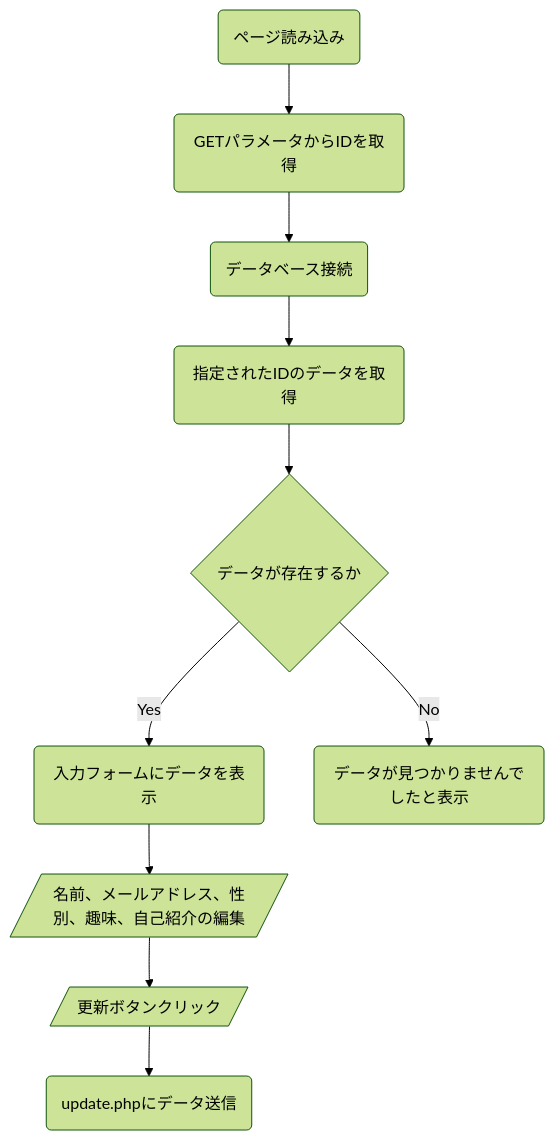
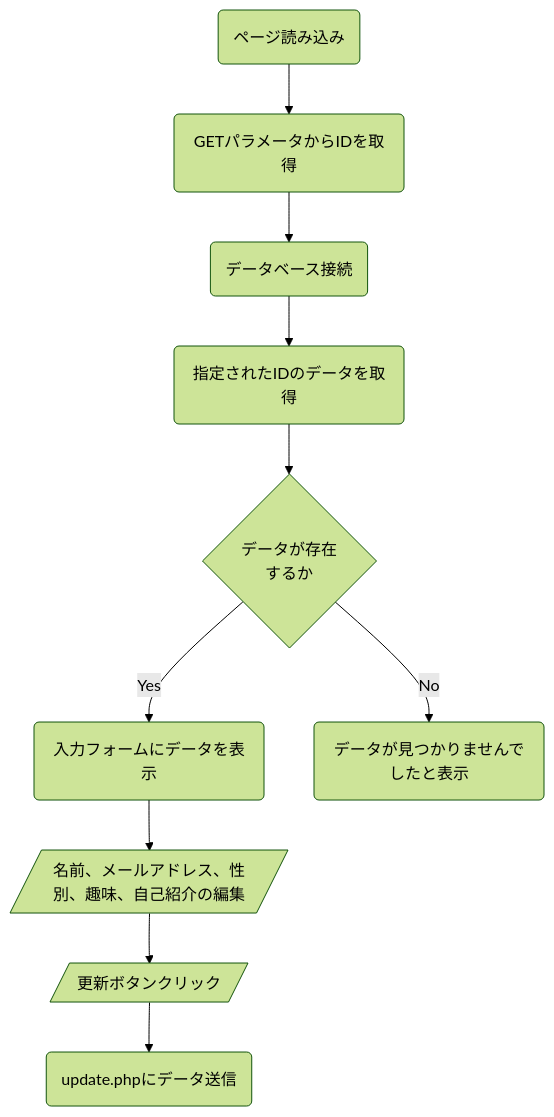
Before and after one commit to KimiyukiYamauchi/php.2022: the fifth of 7 diagrams in quiz/Q07.md, drawn with Mermaid (forest theme). The commit also changed other lines of this file, not shown here.

````diff
--- a/quiz/Q07.md
+++ b/quiz/Q07.md
@@ -72,13 +72,13 @@
 ```mermaid
 graph TD
     A(ページ読み込み) --> B(GETパラメータからIDを取得)
     B --> C(データベース接続)
     C --> D(指定されたIDのデータを取得)
-    D --> E{データが存在するか}
+    D --> E{データが存在<br>するか}
     E -->|Yes| F(入力フォームにデータを表示)
     F --> G[/名前、メールアドレス、性別、趣味、自己紹介の編集/]
     G --> H[/更新ボタンクリック/]
     H --> I(update.phpにデータ送信)
     E -->|No| J(データが見つかりませんでしたと表示)
 
 ```
````
